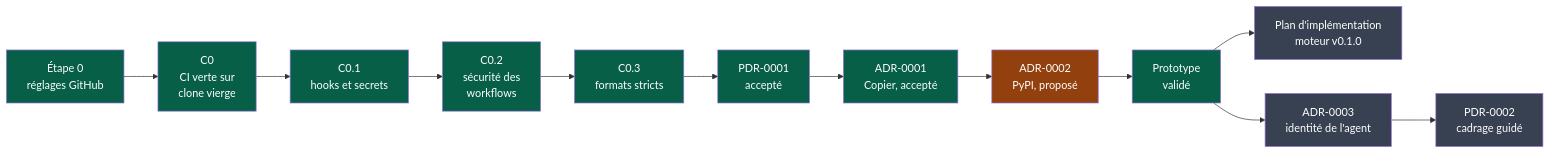
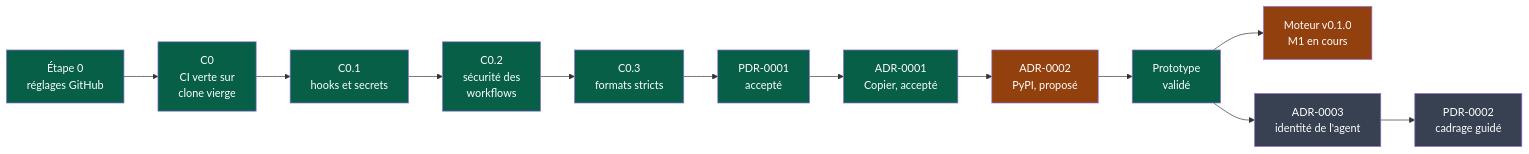
One commit to NapkinStack/engineering-os changed the first of 2 diagrams in docs/governance/chantiers.md. Above: the diagram before and after it, drawn with Mermaid. The commit also changed other lines of this file and 36 other files, not shown here.

````diff
--- a/docs/governance/chantiers.md
+++ b/docs/governance/chantiers.md
@@ -10,19 +10,19 @@
 ```mermaid
 flowchart LR
     S0["Étape 0<br/>réglages GitHub"]:::fait --> C0["C0<br/>CI verte sur<br/>clone vierge"]:::fait
     C0 --> C01["C0.1<br/>hooks et secrets"]:::fait
     C01 --> C02["C0.2<br/>sécurité des<br/>workflows"]:::fait
     C02 --> C03["C0.3<br/>formats stricts"]:::fait
     C03 --> PDR["PDR-0001<br/>accepté"]:::fait
     PDR --> A1["ADR-0001<br/>Copier, accepté"]:::fait
     A1 --> A2["ADR-0002<br/>PyPI, proposé"]:::partiel
     A2 --> PT["Prototype<br/>validé"]:::fait
-    PT --> RP["Plan d'implémentation<br/>moteur v0.1.0"]:::afaire
+    PT --> RP["Moteur v0.1.0<br/>M1 en cours"]:::partiel
     PT --> A3["ADR-0003<br/>identité de l'agent"]:::afaire
     A3 --> P2["PDR-0002<br/>cadrage guidé"]:::afaire
 
     classDef fait fill:#065f46,color:#fff
     classDef partiel fill:#92400e,color:#fff
     classDef afaire fill:#374151,color:#fff
     classDef bloque fill:#7c2d12,color:#fff
 ```
````
